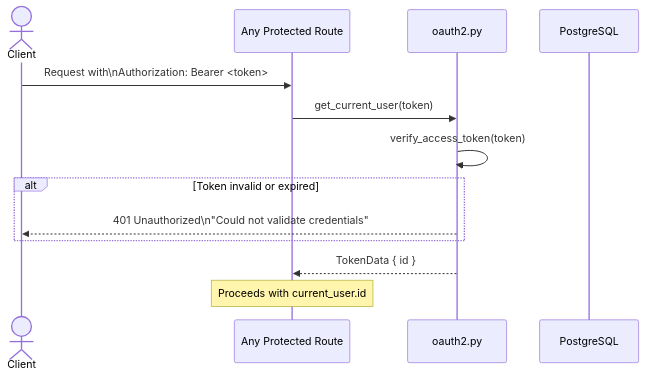
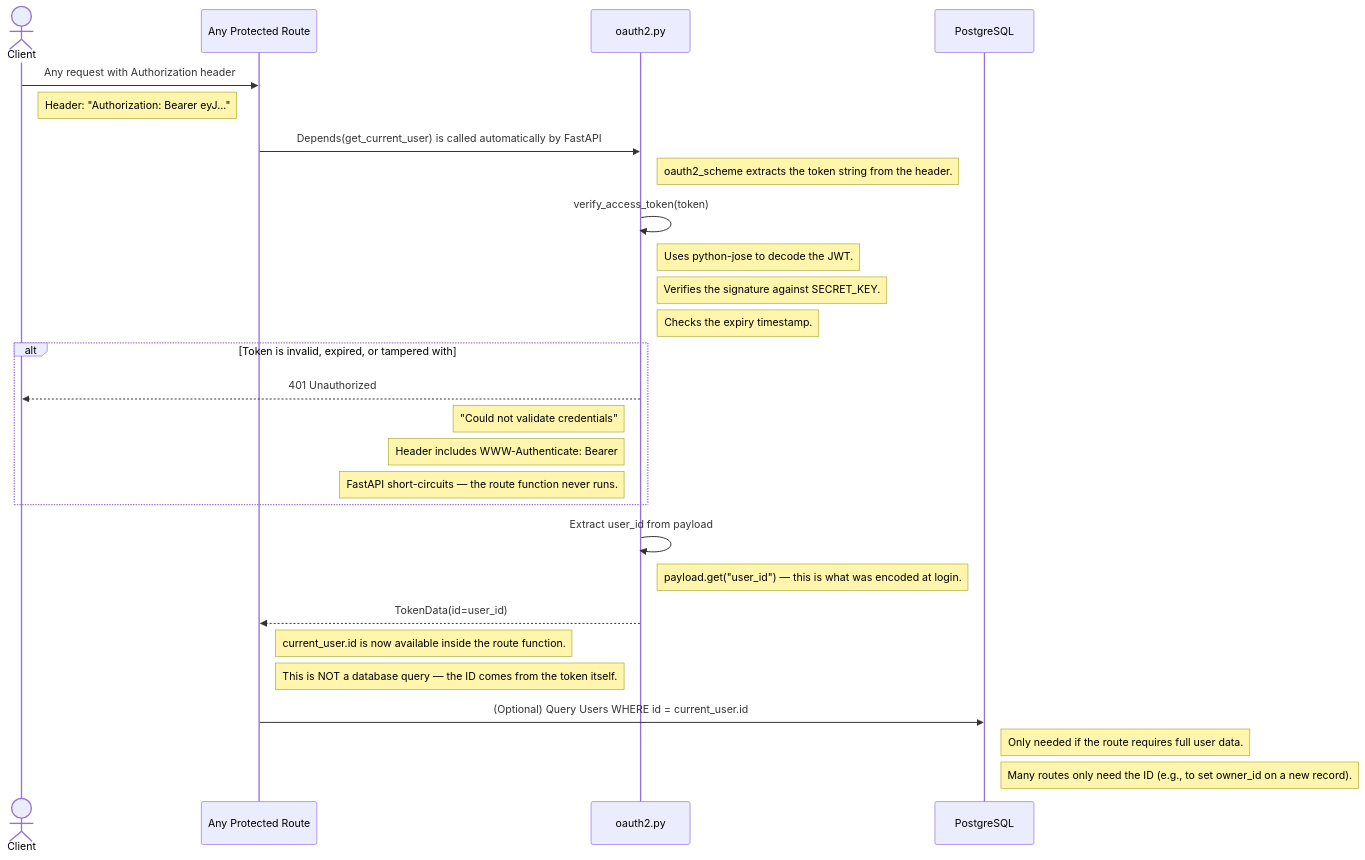
One commit to john3lizama/Music_Practice_Companion changed the third of 7 diagrams in docs/05_sequence_diagrams.md. Above: the diagram before and after it, drawn with Mermaid. The commit also changed other lines of this file and 5 other files, not shown here.

Commit message:
Enhance audio data pipeline documentation: clarify purpose, structure, and flow; detail each processing step with inputs, outputs, and algorithms; improve feedback generation and scoring sections; and outline implementation order and future enhancements.

````diff
--- a/docs/05_sequence_diagrams.md
+++ b/docs/05_sequence_diagrams.md
@@ -65,18 +134,37 @@
 ```mermaid
 sequenceDiagram
     actor Client
-    participant Route as Any Protected Route
-    participant OAuth as oauth2.py
-    participant DB as PostgreSQL
 
-    Client->>Route: Request with\nAuthorization: Bearer <token>
-    Route->>OAuth: get_current_user(token)
+    participant Route   as Any Protected Route
+    participant OAuth   as oauth2.py
+    participant DB      as PostgreSQL
+
+    Client->>Route: Any request with Authorization header
+    Note right of Client: Header: "Authorization: Bearer eyJ..."
+
+    Route->>OAuth: Depends(get_current_user) is called automatically by FastAPI
+    Note right of OAuth: oauth2_scheme extracts the token string from the header.
+
     OAuth->>OAuth: verify_access_token(token)
+    Note right of OAuth: Uses python-jose to decode the JWT.
+    Note right of OAuth: Verifies the signature against SECRET_KEY.
+    Note right of OAuth: Checks the expiry timestamp.
 
-    alt Token invalid or expired
-        OAuth-->>Client: 401 Unauthorized\n"Could not validate credentials"
+    alt Token is invalid, expired, or tampered with
+        OAuth-->>Client: 401 Unauthorized
+        Note left of OAuth: "Could not validate credentials"
+        Note left of OAuth: Header includes WWW-Authenticate: Bearer
+        Note left of OAuth: FastAPI short-circuits — the route function never runs.
     end
 
-    OAuth-->>Route: TokenData { id }
-    Note over Route: Proceeds with current_user.id
+    OAuth->>OAuth: Extract user_id from payload
+    Note right of OAuth: payload.get("user_id") — this is what was encoded at login.
+
+    OAuth-->>Route: TokenData(id=user_id)
+    Note right of Route: current_user.id is now available inside the route function.
+    Note right of Route: This is NOT a database query — the ID comes from the token itself.
+
+    Route->>DB: (Optional) Query Users WHERE id = current_user.id
+    Note right of DB: Only needed if the route requires full user data.
+    Note right of DB: Many routes only need the ID (e.g., to set owner_id on a new record).
 ```
````
